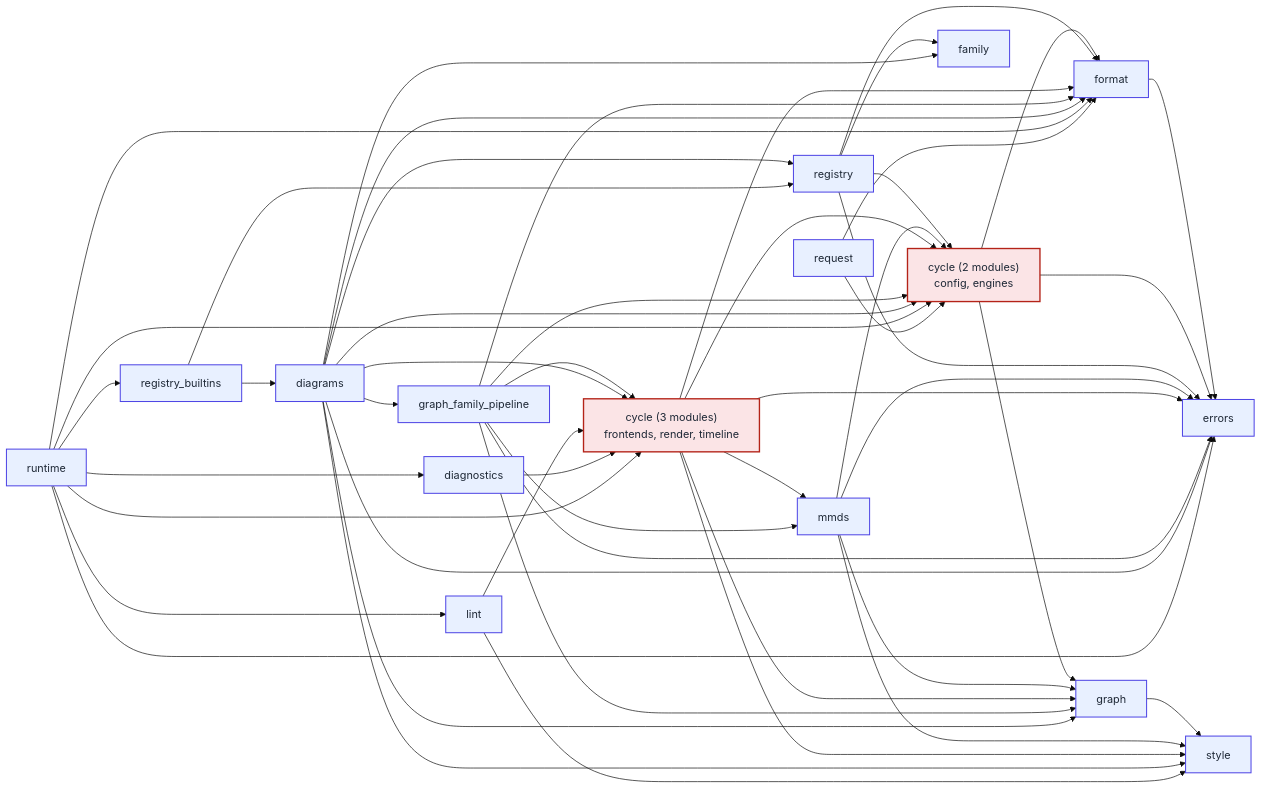
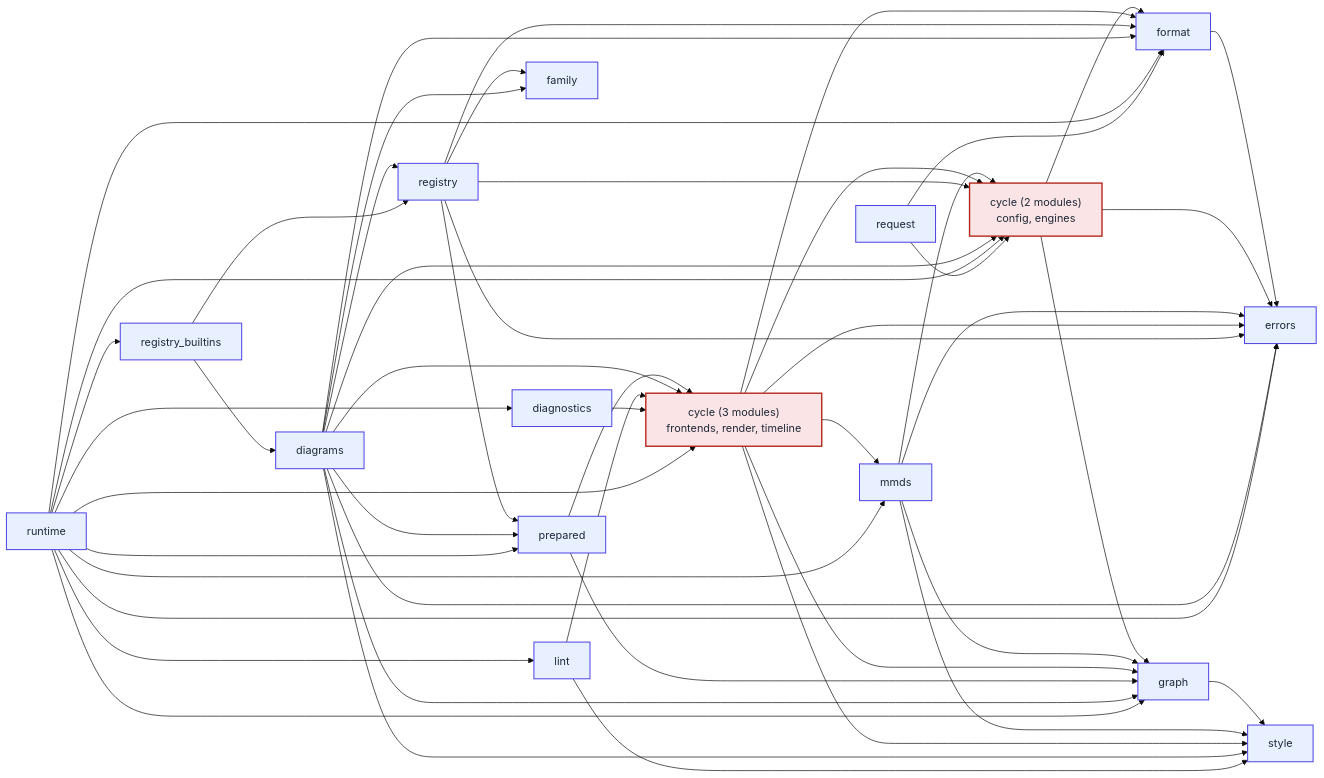
The diagram in docs/architecture/module-dependency-scc-dag.mmd (kevinswiber/mmdflux), drawn with Mermaid (base theme) before and after one commit. The commit also changed 23 other files, not shown here.

```diff
--- a/docs/architecture/module-dependency-scc-dag.mmd
+++ b/docs/architecture/module-dependency-scc-dag.mmd
@@ -1,74 +1,74 @@
 %% Generated by scripts/generate-rust-module-deps-scc.py
 %% crate-root: src/lib.rs
 %% max-depth: 1
 %% component-count: 16
 %% largest-scc-size: 3
 flowchart LR
     scc_14["request"]
     scc_15["runtime"]
     scc_7["diagnostics"]
     scc_12["lint"]
     scc_13["registry_builtins"]
     scc_11["diagrams"]
-    scc_9["graph_family_pipeline"]
+    scc_10["registry"]
+    scc_8["family"]
+    scc_9["prepared"]
     scc_6["cycle (3 modules)<br/>frontends, render, timeline"]
     scc_5["mmds"]
-    scc_10["registry"]
     scc_4["cycle (2 modules)<br/>config, engines"]
-    scc_8["family"]
     scc_1["format"]
     scc_0["errors"]
     scc_3["graph"]
     scc_2["style"]
     scc_14 --> scc_1
     scc_14 --> scc_4
     scc_15 --> scc_0
     scc_15 --> scc_1
+    scc_15 --> scc_3
     scc_15 --> scc_4
+    scc_15 --> scc_5
     scc_15 --> scc_6
     scc_15 --> scc_7
+    scc_15 --> scc_9
     scc_15 --> scc_12
     scc_15 --> scc_13
     scc_7 --> scc_6
     scc_12 --> scc_2
     scc_12 --> scc_6
     scc_13 --> scc_10
     scc_13 --> scc_11
     scc_11 --> scc_0
     scc_11 --> scc_1
     scc_11 --> scc_2
     scc_11 --> scc_3
     scc_11 --> scc_4
     scc_11 --> scc_6
     scc_11 --> scc_8
     scc_11 --> scc_9
     scc_11 --> scc_10
-    scc_9 --> scc_0
-    scc_9 --> scc_1
+    scc_10 --> scc_0
+    scc_10 --> scc_1
+    scc_10 --> scc_4
+    scc_10 --> scc_8
+    scc_10 --> scc_9
     scc_9 --> scc_3
-    scc_9 --> scc_4
-    scc_9 --> scc_5
     scc_9 --> scc_6
     scc_6 --> scc_0
     scc_6 --> scc_1
     scc_6 --> scc_2
     scc_6 --> scc_3
     scc_6 --> scc_4
     scc_6 --> scc_5
     scc_5 --> scc_0
     scc_5 --> scc_2
     scc_5 --> scc_3
     scc_5 --> scc_4
-    scc_10 --> scc_0
-    scc_10 --> scc_1
-    scc_10 --> scc_4
-    scc_10 --> scc_8
     scc_4 --> scc_0
     scc_4 --> scc_1
     scc_4 --> scc_3
     scc_1 --> scc_0
     scc_3 --> scc_2
     classDef cycle fill:#fbe4e6,stroke:#b42318,stroke-width:2px,color:#1f2937;
     classDef singleton fill:#e8f0ff,stroke:#4f46e5,stroke-width:1.5px,color:#1f2937;
     class scc_4,scc_6 cycle;
     class scc_0,scc_1,scc_2,scc_3,scc_5,scc_7,scc_8,scc_9,scc_10,scc_11,scc_12,scc_13,scc_14,scc_15 singleton;
```
